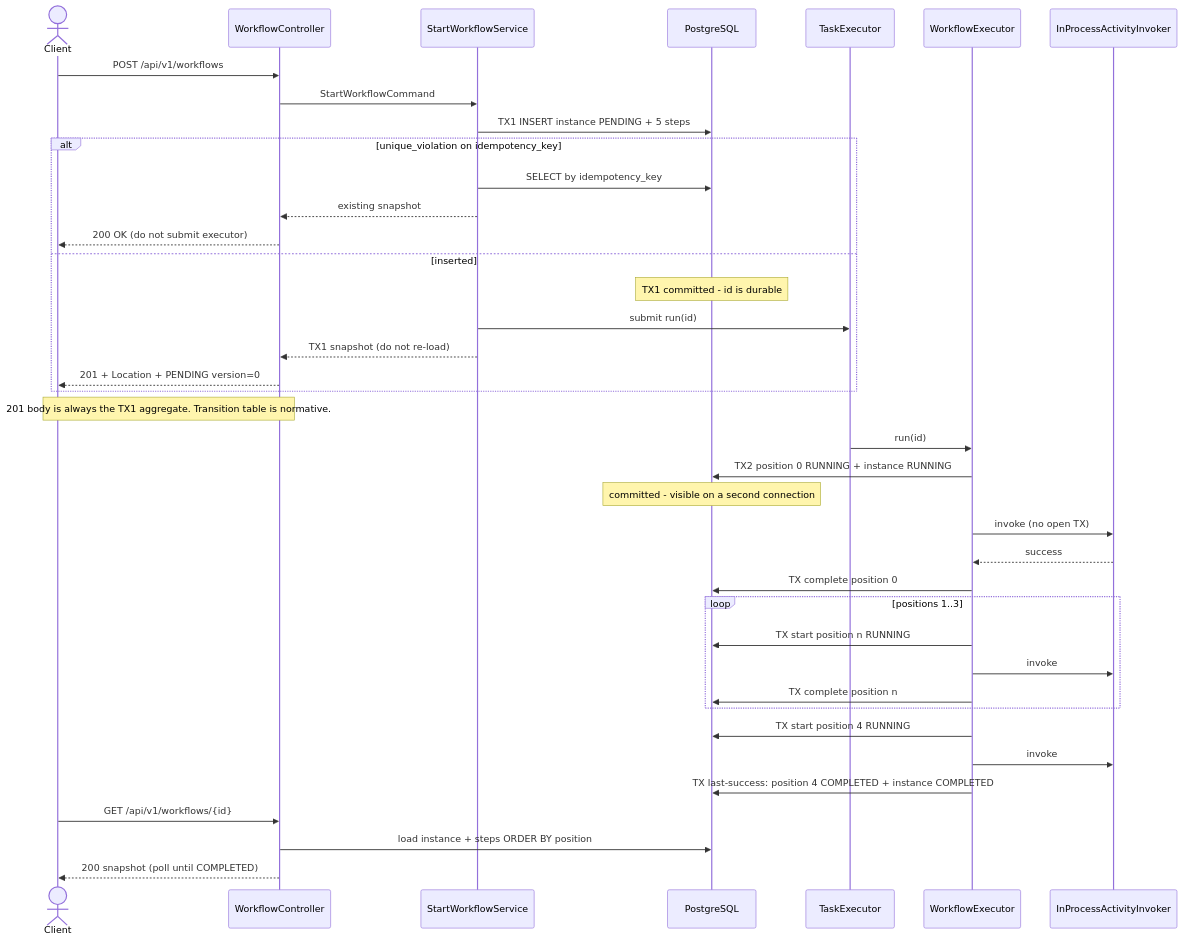
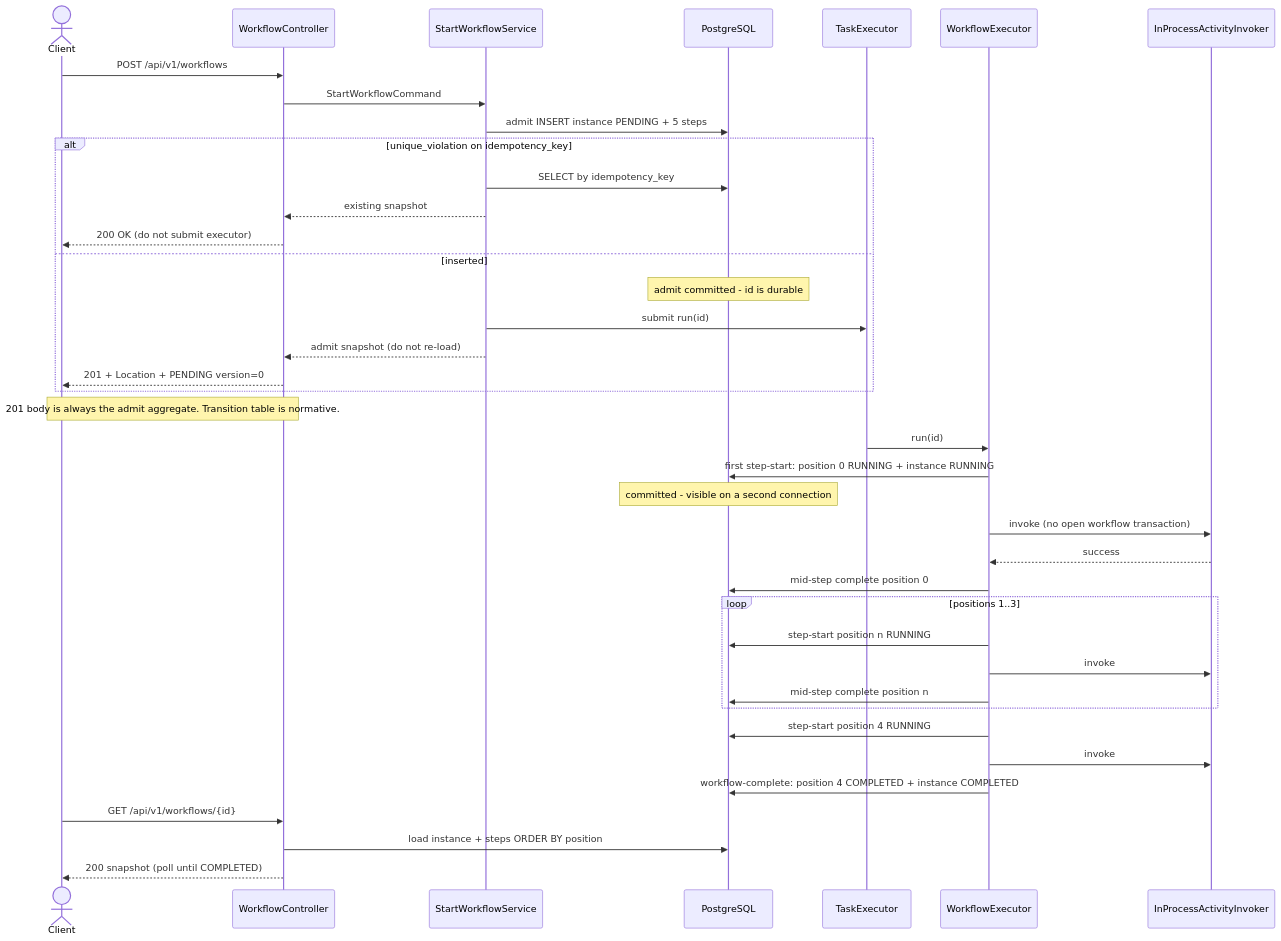
One commit to ganeshpc/distributed-workflow-engine changed the fifth of 9 diagrams in docs/architecture.md. Above: the diagram before and after it, drawn with Mermaid. The commit also changed other lines of this file and 21 other files, not shown here.

````diff
--- a/docs/architecture.md
+++ b/docs/architecture.md
@@ -776,45 +787,45 @@
 ```mermaid
 sequenceDiagram
   actor Client
   participant API as WorkflowController
   participant Start as StartWorkflowService
   participant DB as PostgreSQL
   participant Pool as TaskExecutor
   participant Exec as WorkflowExecutor
   participant Inv as InProcessActivityInvoker
 
   Client->>API: POST /api/v1/workflows
   API->>Start: StartWorkflowCommand
-  Start->>DB: TX1 INSERT instance PENDING + 5 steps
+  Start->>DB: admit INSERT instance PENDING + 5 steps
   alt unique_violation on idempotency_key
     Start->>DB: SELECT by idempotency_key
     Start-->>API: existing snapshot
     API-->>Client: 200 OK (do not submit executor)
   else inserted
-    Note over DB: TX1 committed - id is durable
+    Note over DB: admit committed - id is durable
     Start->>Pool: submit run(id)
-    Start-->>API: TX1 snapshot (do not re-load)
+    Start-->>API: admit snapshot (do not re-load)
     API-->>Client: 201 + Location + PENDING version=0
   end
 
-  Note over API,Client: 201 body is always the TX1 aggregate. Transition table is normative.
+  Note over API,Client: 201 body is always the admit aggregate. Transition table is normative.
 
   Pool->>Exec: run(id)
-  Exec->>DB: TX2 position 0 RUNNING + instance RUNNING
+  Exec->>DB: first step-start: position 0 RUNNING + instance RUNNING
   Note over DB: committed - visible on a second connection
-  Exec->>Inv: invoke (no open TX)
+  Exec->>Inv: invoke (no open workflow transaction)
   Inv-->>Exec: success
-  Exec->>DB: TX complete position 0
+  Exec->>DB: mid-step complete position 0
   loop positions 1..3
-    Exec->>DB: TX start position n RUNNING
+    Exec->>DB: step-start position n RUNNING
     Exec->>Inv: invoke
-    Exec->>DB: TX complete position n
+    Exec->>DB: mid-step complete position n
   end
-  Exec->>DB: TX start position 4 RUNNING
+  Exec->>DB: step-start position 4 RUNNING
   Exec->>Inv: invoke
-  Exec->>DB: TX last-success: position 4 COMPLETED + instance COMPLETED
+  Exec->>DB: workflow-complete: position 4 COMPLETED + instance COMPLETED
 
   Client->>API: GET /api/v1/workflows/{id}
   API->>DB: load instance + steps ORDER BY position
   API-->>Client: 200 snapshot (poll until COMPLETED)
 ```
````
